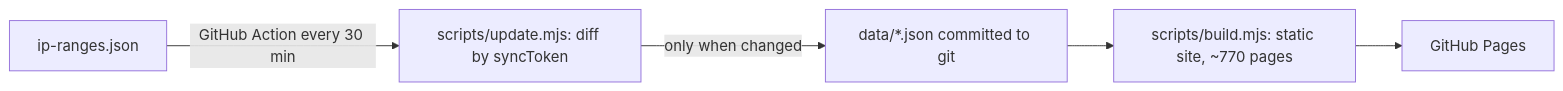
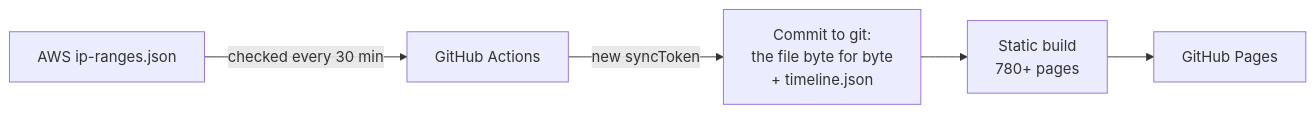
The diagram in README.md (manishh-13/aws-ip-map), drawn with Mermaid before and after one commit. The commit also changed other lines of this file and 7 other files, not shown here.

````diff
--- a/README.md
+++ b/README.md
@@ -28,7 +76,7 @@
 ```mermaid
 flowchart LR
-  A[ip-ranges.json] -->|GitHub Action every 30 min| B[scripts/update.mjs: diff by syncToken]
-  B -->|only when changed| C[data/*.json committed to git]
-  C --> D[scripts/build.mjs: static site, ~770 pages]
-  D --> E[GitHub Pages]
+  A["AWS ip-ranges.json"] -->|"checked every 30 min"| B["GitHub Actions"]
+  B -->|"new syncToken"| C["Commit to git:<br>the file byte for byte<br>+ timeline.json"]
+  C --> D["Static build<br>780+ pages"]
+  D --> E["GitHub Pages"]
 ```
````
